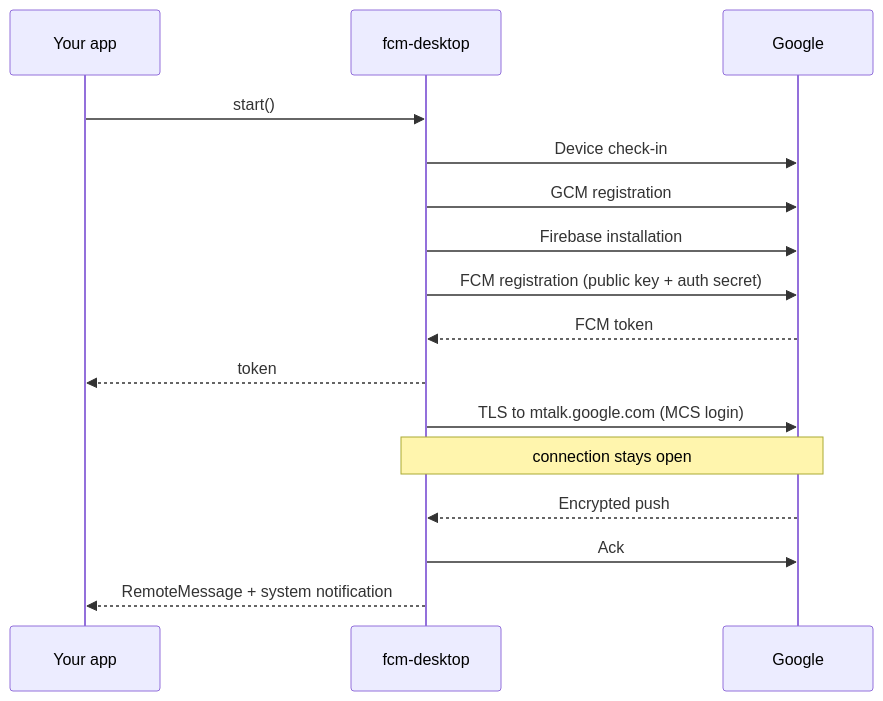
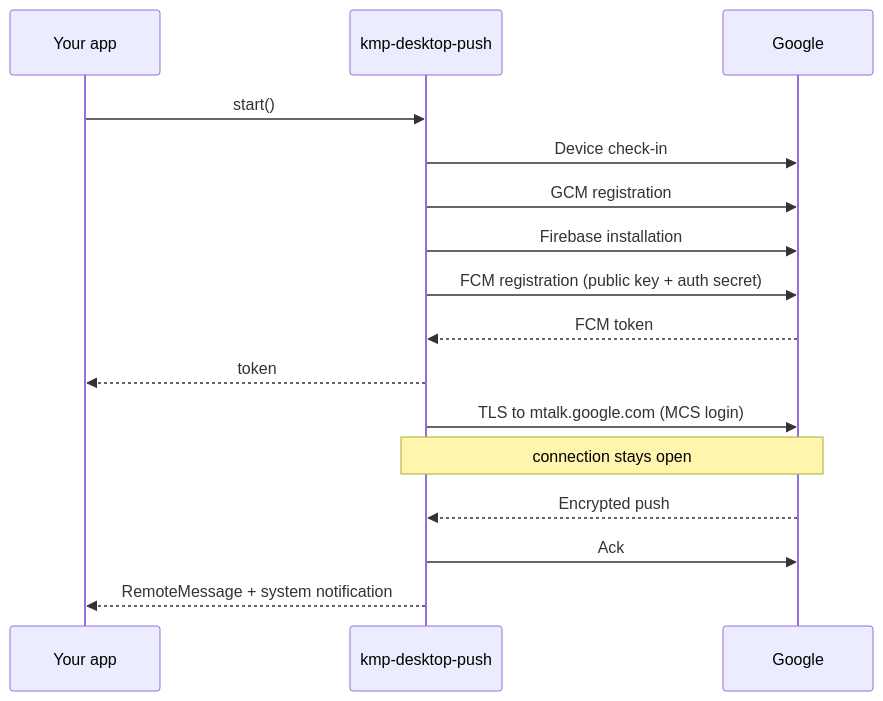
One commit to eliasmp07/fcm-desktop changed the diagram in README.md. Above: the diagram before and after it, drawn with Mermaid. The commit also changed other lines of this file and 3 other files, not shown here.

First line of the commit message:
Rename the project to kmp-desktop-push

````diff
--- a/README.md
+++ b/README.md
@@ -338,18 +338,18 @@
 ```mermaid
 sequenceDiagram
     participant App as Your app
-    participant Lib as fcm-desktop
+    participant Lib as kmp-desktop-push
     participant G as Google
     App->>Lib: start()
     Lib->>G: Device check-in
     Lib->>G: GCM registration
     Lib->>G: Firebase installation
     Lib->>G: FCM registration (public key + auth secret)
     G-->>Lib: FCM token
     Lib-->>App: token
     Lib->>G: TLS to mtalk.google.com (MCS login)
     Note over Lib,G: connection stays open
     G-->>Lib: Encrypted push
     Lib->>G: Ack
     Lib-->>App: RemoteMessage + system notification
 ```
````
